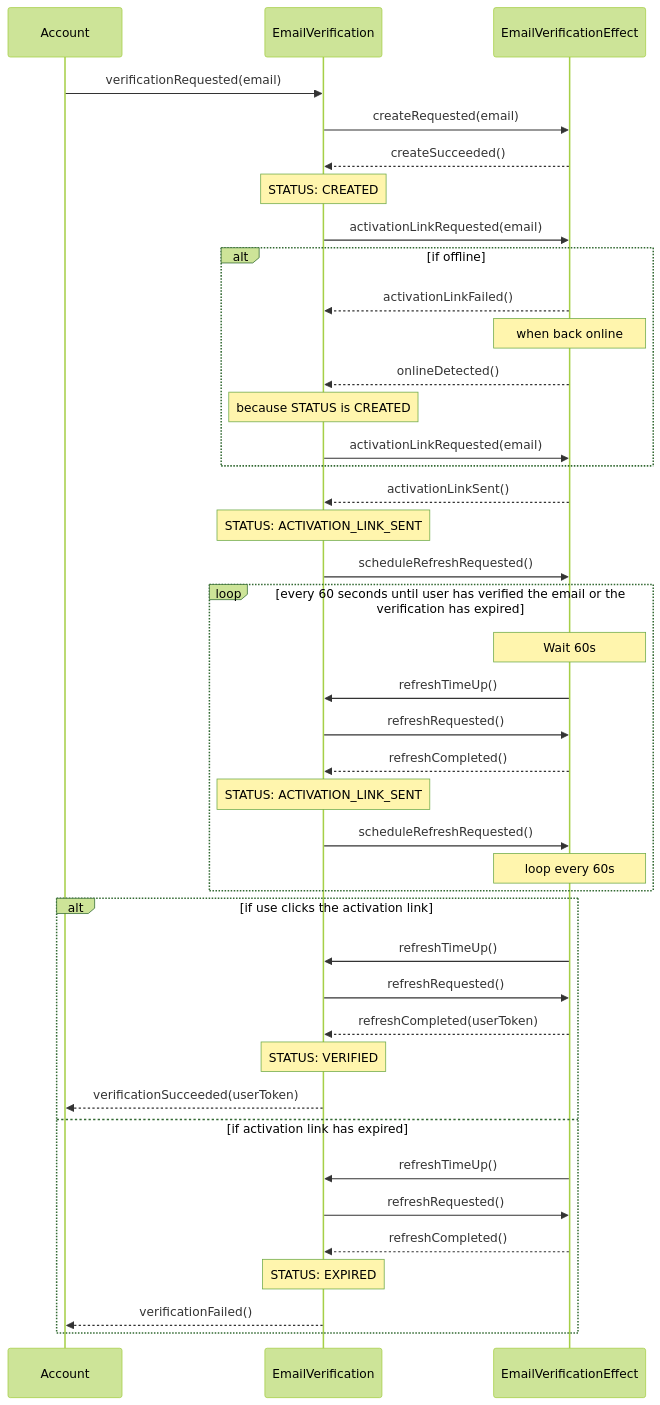
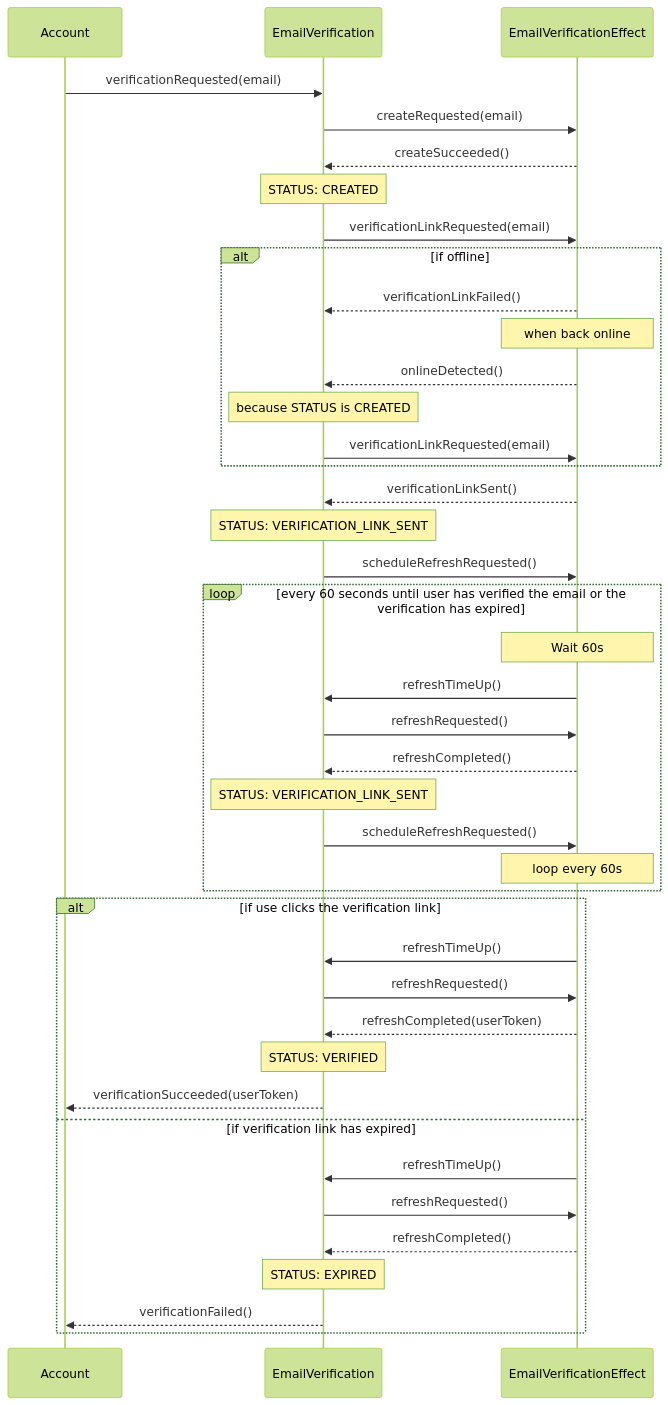
Before and after one commit to BenLayet/meditation-timer: the second of 4 diagrams in docs/workflows/create-account.md, drawn with Mermaid (forest theme). The commit also changed other lines of this file and 20 other files, not shown here.

````diff
--- a/docs/workflows/create-account.md
+++ b/docs/workflows/create-account.md
@@ -25,47 +25,47 @@
 ```mermaid
 sequenceDiagram
     participant Account
     participant EmailVerification
     participant EmailVerificationEffect
 
     Account ->> EmailVerification: verificationRequested(email)
     EmailVerification ->> EmailVerificationEffect: createRequested(email)
     EmailVerificationEffect -->> EmailVerification: createSucceeded()
     Note over EmailVerification: STATUS: CREATED
-    EmailVerification ->> EmailVerificationEffect: activationLinkRequested(email)
+    EmailVerification ->> EmailVerificationEffect: verificationLinkRequested(email)
     alt if offline
-        EmailVerificationEffect -->> EmailVerification: activationLinkFailed()
+        EmailVerificationEffect -->> EmailVerification: verificationLinkFailed()
         Note over EmailVerificationEffect: when back online
         EmailVerificationEffect -->> EmailVerification: onlineDetected()
         Note over EmailVerification: because STATUS is CREATED
-        EmailVerification ->> EmailVerificationEffect: activationLinkRequested(email)
+        EmailVerification ->> EmailVerificationEffect: verificationLinkRequested(email)
     end
     %% Note over EmailVerificationEffect: save retrieveToken in local storage
-    EmailVerificationEffect -->> EmailVerification: activationLinkSent()
-    Note over EmailVerification: STATUS: ACTIVATION_LINK_SENT
+    EmailVerificationEffect -->> EmailVerification: verificationLinkSent()
+    Note over EmailVerification: STATUS: VERIFICATION_LINK_SENT
     EmailVerification ->> EmailVerificationEffect: scheduleRefreshRequested()
     loop every 60 seconds until user has verified the email or the verification has expired
         Note over EmailVerificationEffect: Wait 60s
         EmailVerificationEffect ->> EmailVerification: refreshTimeUp()
         EmailVerification ->> EmailVerificationEffect: refreshRequested()
         EmailVerificationEffect -->> EmailVerification: refreshCompleted()
-        Note over EmailVerification: STATUS: ACTIVATION_LINK_SENT
+        Note over EmailVerification: STATUS: VERIFICATION_LINK_SENT
         EmailVerification ->> EmailVerificationEffect: scheduleRefreshRequested()
         Note over EmailVerificationEffect: loop every 60s
 
     end
-    alt if use clicks the activation link
+    alt if use clicks the verification link
         EmailVerificationEffect ->> EmailVerification: refreshTimeUp()
         EmailVerification ->> EmailVerificationEffect: refreshRequested()
         EmailVerificationEffect -->> EmailVerification: refreshCompleted(userToken)
         Note over EmailVerification: STATUS: VERIFIED
         EmailVerification -->> Account: verificationSucceeded(userToken)
-    else if activation link has expired
+    else if verification link has expired
         EmailVerificationEffect ->> EmailVerification: refreshTimeUp()
         EmailVerification ->> EmailVerificationEffect: refreshRequested()
         EmailVerificationEffect -->> EmailVerification: refreshCompleted()
         Note over EmailVerification: STATUS: EXPIRED
         EmailVerification -->> Account: verificationFailed()
 
     end
 ```
````
